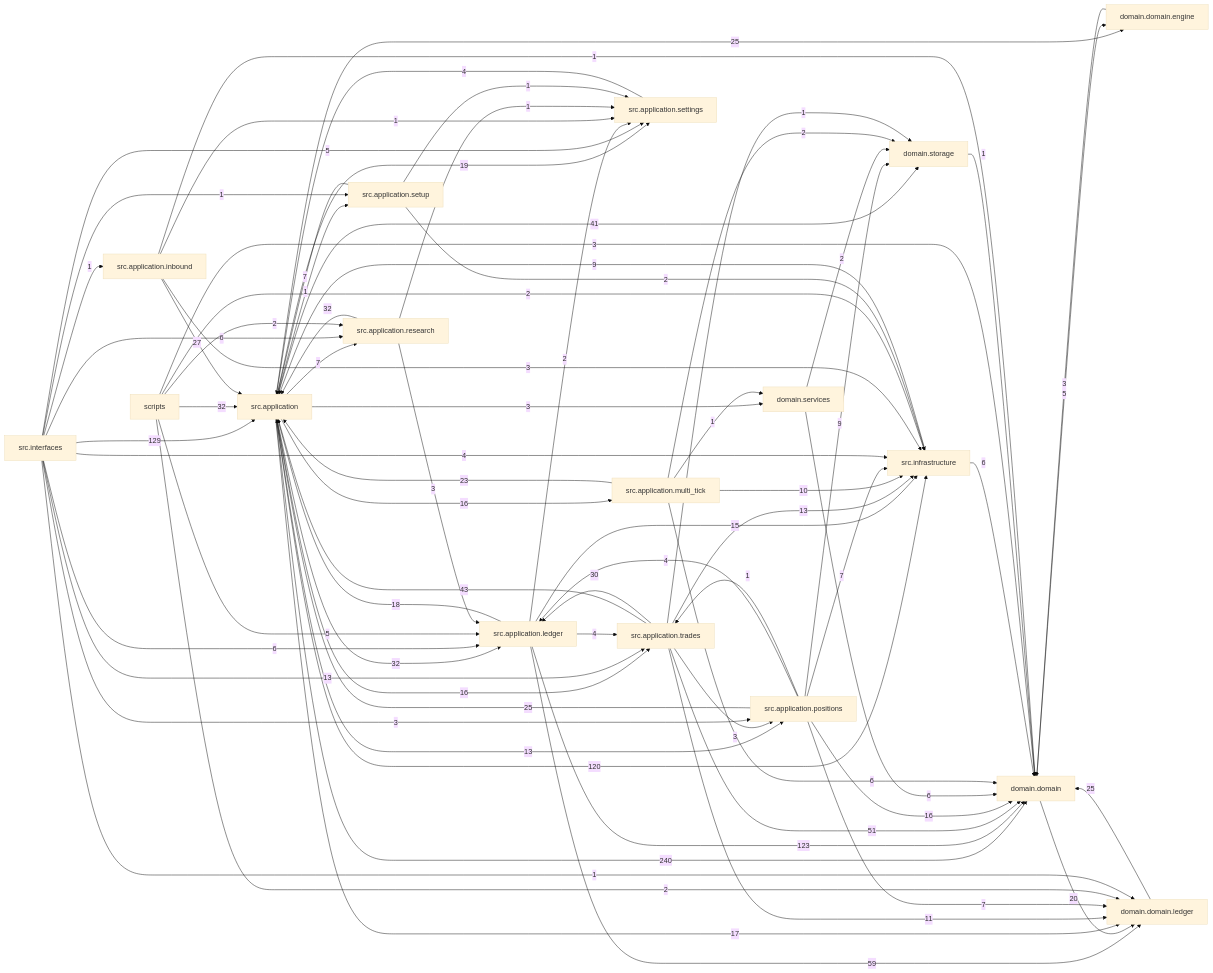
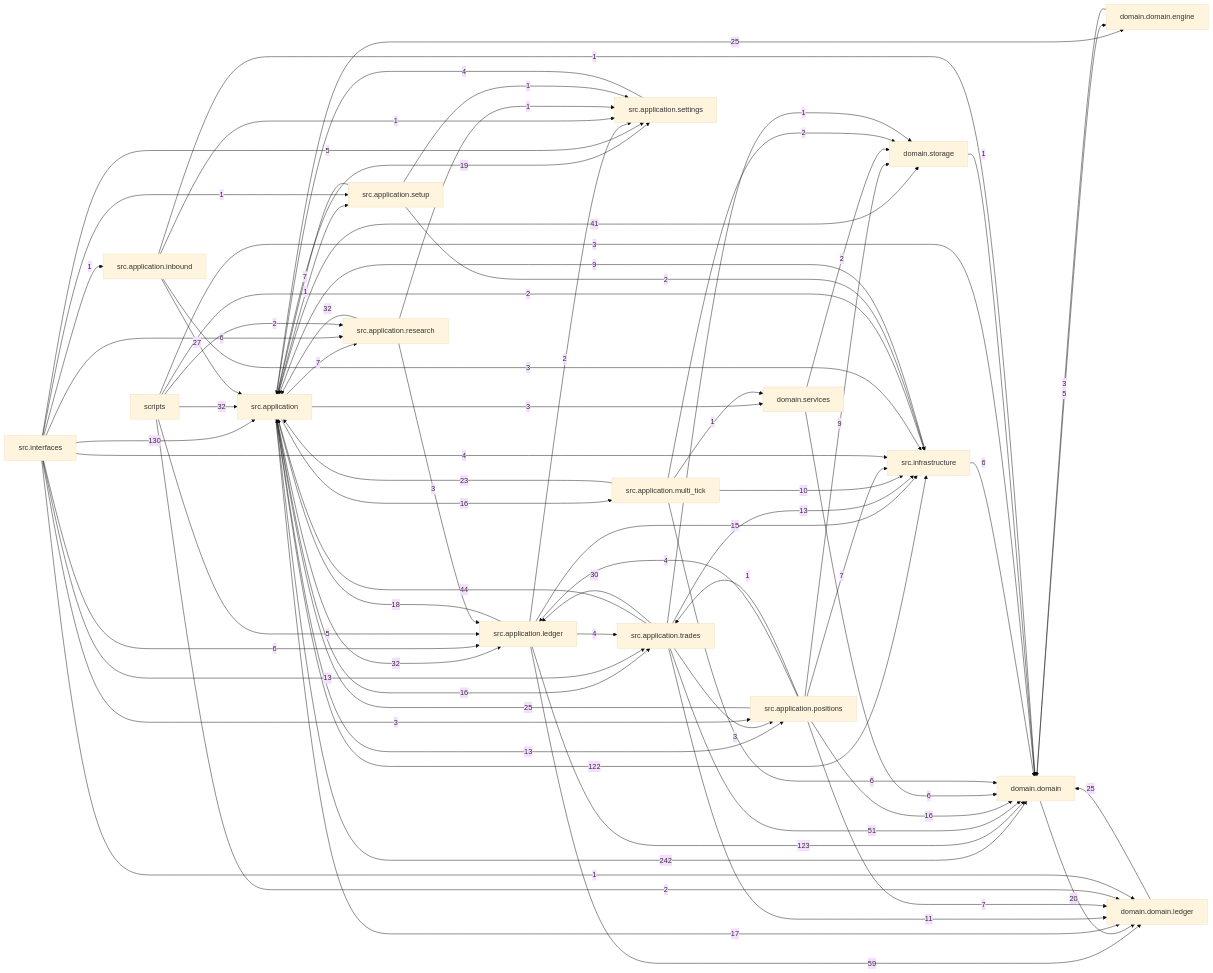
One commit to liuxie066/options-monitor changed the diagram in docs/dependency_graph.mmd. Above: the diagram before and after it, drawn with Mermaid (base theme). The commit also changed 47 other files, not shown here.

```diff
--- a/docs/dependency_graph.mmd
+++ b/docs/dependency_graph.mmd
@@ -1,75 +1,75 @@
 flowchart LR
-  src_application["src.application"] -->|240| domain_domain["domain.domain"]
-  src_interfaces["src.interfaces"] -->|129| src_application["src.application"]
+  src_application["src.application"] -->|242| domain_domain["domain.domain"]
+  src_interfaces["src.interfaces"] -->|130| src_application["src.application"]
   src_application_ledger["src.application.ledger"] -->|123| domain_domain["domain.domain"]
-  src_application["src.application"] -->|120| src_infrastructure["src.infrastructure"]
+  src_application["src.application"] -->|122| src_infrastructure["src.infrastructure"]
   src_application_ledger["src.application.ledger"] -->|59| domain_domain_ledger["domain.domain.ledger"]
   src_application_trades["src.application.trades"] -->|51| domain_domain["domain.domain"]
-  src_application_trades["src.application.trades"] -->|43| src_application["src.application"]
+  src_application_trades["src.application.trades"] -->|44| src_application["src.application"]
   src_application["src.application"] -->|41| domain_storage["domain.storage"]
   scripts["scripts"] -->|32| src_application["src.application"]
   src_application["src.application"] -->|32| src_application_ledger["src.application.ledger"]
   src_application_research["src.application.research"] -->|32| src_application["src.application"]
   src_application_trades["src.application.trades"] -->|30| src_application_ledger["src.application.ledger"]
   src_application_inbound["src.application.inbound"] -->|27| src_application["src.application"]
   domain_domain_ledger["domain.domain.ledger"] -->|25| domain_domain["domain.domain"]
   src_application["src.application"] -->|25| domain_domain_engine["domain.domain.engine"]
   src_application_positions["src.application.positions"] -->|25| src_application["src.application"]
   src_application_multi_tick["src.application.multi_tick"] -->|23| src_application["src.application"]
   domain_domain["domain.domain"] -->|20| domain_domain_ledger["domain.domain.ledger"]
   src_application["src.application"] -->|19| src_application_settings["src.application.settings"]
   src_application_ledger["src.application.ledger"] -->|18| src_application["src.application"]
   src_application["src.application"] -->|17| domain_domain_ledger["domain.domain.ledger"]
   src_application["src.application"] -->|16| src_application_multi_tick["src.application.multi_tick"]
   src_application["src.application"] -->|16| src_application_trades["src.application.trades"]
   src_application_positions["src.application.positions"] -->|16| domain_domain["domain.domain"]
   src_application_ledger["src.application.ledger"] -->|15| src_infrastructure["src.infrastructure"]
   src_application["src.application"] -->|13| src_application_positions["src.application.positions"]
   src_application_trades["src.application.trades"] -->|13| src_infrastructure["src.infrastructure"]
   src_interfaces["src.interfaces"] -->|13| src_application_trades["src.application.trades"]
   src_application_trades["src.application.trades"] -->|11| domain_domain_ledger["domain.domain.ledger"]
   src_application_multi_tick["src.application.multi_tick"] -->|10| src_infrastructure["src.infrastructure"]
   src_application_positions["src.application.positions"] -->|9| domain_storage["domain.storage"]
   src_infrastructure["src.infrastructure"] -->|9| src_application["src.application"]
   src_application["src.application"] -->|7| src_application_research["src.application.research"]
   src_application_positions["src.application.positions"] -->|7| domain_domain_ledger["domain.domain.ledger"]
   src_application_positions["src.application.positions"] -->|7| src_infrastructure["src.infrastructure"]
   src_application_setup["src.application.setup"] -->|7| src_application["src.application"]
   domain_services["domain.services"] -->|6| domain_domain["domain.domain"]
   src_application_multi_tick["src.application.multi_tick"] -->|6| domain_domain["domain.domain"]
   src_infrastructure["src.infrastructure"] -->|6| domain_domain["domain.domain"]
   src_interfaces["src.interfaces"] -->|6| src_application_ledger["src.application.ledger"]
   src_interfaces["src.interfaces"] -->|6| src_application_research["src.application.research"]
   domain_domain["domain.domain"] -->|5| domain_domain_engine["domain.domain.engine"]
   scripts["scripts"] -->|5| src_application_ledger["src.application.ledger"]
   src_interfaces["src.interfaces"] -->|5| src_application_settings["src.application.settings"]
   src_application_ledger["src.application.ledger"] -->|4| src_application_trades["src.application.trades"]
   src_application_positions["src.application.positions"] -->|4| src_application_ledger["src.application.ledger"]
   src_application_settings["src.application.settings"] -->|4| src_application["src.application"]
   src_interfaces["src.interfaces"] -->|4| src_infrastructure["src.infrastructure"]
   domain_domain_engine["domain.domain.engine"] -->|3| domain_domain["domain.domain"]
   scripts["scripts"] -->|3| domain_domain["domain.domain"]
   src_application["src.application"] -->|3| domain_services["domain.services"]
   src_application_inbound["src.application.inbound"] -->|3| src_infrastructure["src.infrastructure"]
   src_application_research["src.application.research"] -->|3| src_application_ledger["src.application.ledger"]
   src_application_trades["src.application.trades"] -->|3| src_application_positions["src.application.positions"]
   src_interfaces["src.interfaces"] -->|3| src_application_positions["src.application.positions"]
   domain_services["domain.services"] -->|2| domain_storage["domain.storage"]
   scripts["scripts"] -->|2| domain_domain_ledger["domain.domain.ledger"]
   scripts["scripts"] -->|2| src_application_research["src.application.research"]
   scripts["scripts"] -->|2| src_infrastructure["src.infrastructure"]
   src_application_ledger["src.application.ledger"] -->|2| src_application_settings["src.application.settings"]
   src_application_multi_tick["src.application.multi_tick"] -->|2| domain_storage["domain.storage"]
   src_application_setup["src.application.setup"] -->|2| src_infrastructure["src.infrastructure"]
   domain_storage["domain.storage"] -->|1| domain_domain["domain.domain"]
   src_application["src.application"] -->|1| src_application_setup["src.application.setup"]
   src_application_inbound["src.application.inbound"] -->|1| domain_domain["domain.domain"]
   src_application_inbound["src.application.inbound"] -->|1| src_application_settings["src.application.settings"]
   src_application_multi_tick["src.application.multi_tick"] -->|1| domain_services["domain.services"]
   src_application_positions["src.application.positions"] -->|1| src_application_trades["src.application.trades"]
   src_application_research["src.application.research"] -->|1| src_application_settings["src.application.settings"]
   src_application_setup["src.application.setup"] -->|1| src_application_settings["src.application.settings"]
   src_application_trades["src.application.trades"] -->|1| domain_storage["domain.storage"]
   src_interfaces["src.interfaces"] -->|1| domain_domain_ledger["domain.domain.ledger"]
   src_interfaces["src.interfaces"] -->|1| src_application_inbound["src.application.inbound"]
   src_interfaces["src.interfaces"] -->|1| src_application_setup["src.application.setup"]
```
